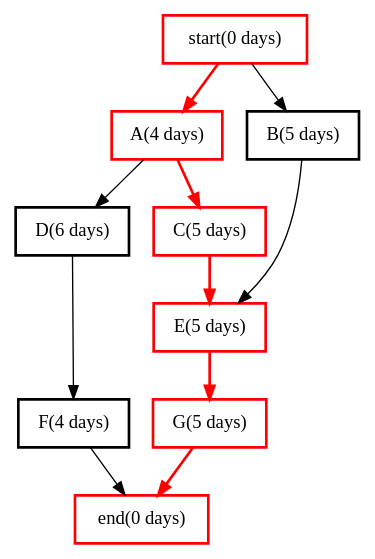
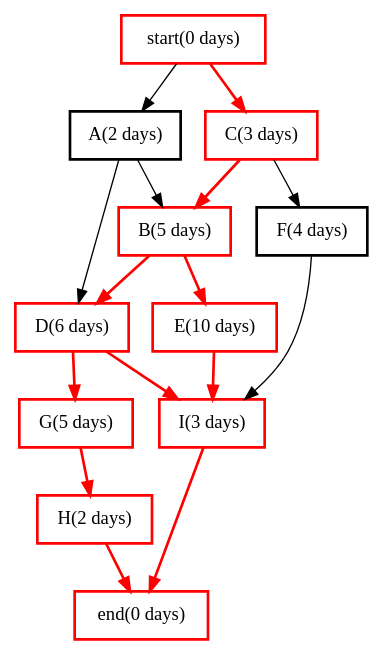
Before and after one commit to davidinsuomi/systemModelling: the diagram in pertchart.dot, drawn with Graphviz. The commit also changed 5 other files, not shown here.

```diff
--- a/pertchart.dot
+++ b/pertchart.dot
@@ -1,20 +1,27 @@
 digraph myPERT {start[shape=polygon, sides=4, style="bold",label="start(0 days)",color="red"]
-A[shape=polygon, sides=4, style="bold",label="A(4 days)",color="red"]
-B[shape=polygon, sides=4, style="bold",label="B(5 days)",color="black"]
-C[shape=polygon, sides=4, style="bold",label="C(5 days)",color="red"]
-D[shape=polygon, sides=4, style="bold",label="D(6 days)",color="black"]
-E[shape=polygon, sides=4, style="bold",label="E(5 days)",color="red"]
+A[shape=polygon, sides=4, style="bold",label="A(2 days)",color="black"]
+C[shape=polygon, sides=4, style="bold",label="C(3 days)",color="red"]
+B[shape=polygon, sides=4, style="bold",label="B(5 days)",color="red"]
+D[shape=polygon, sides=4, style="bold",label="D(6 days)",color="red"]
+E[shape=polygon, sides=4, style="bold",label="E(10 days)",color="red"]
 F[shape=polygon, sides=4, style="bold",label="F(4 days)",color="black"]
 G[shape=polygon, sides=4, style="bold",label="G(5 days)",color="red"]
+H[shape=polygon, sides=4, style="bold",label="H(2 days)",color="red"]
+I[shape=polygon, sides=4, style="bold",label="I(3 days)",color="red"]
 end[shape=polygon, sides=4, style="bold",label="end(0 days)",color="red"]
-start->A[label="", style="bold", color="red"]
-start->B[label=""]
-A->C[label="", style="bold", color="red"]
+start->A[label=""]
+start->C[label="", style="bold", color="red"]
+A->B[label=""]
 A->D[label=""]
-B->E[label=""]
-C->E[label="", style="bold", color="red"]
-D->F[label=""]
-E->G[label="", style="bold", color="red"]
-F->end[label=""]
-G->end[label="", style="bold", color="red"]
+C->B[label="", style="bold", color="red"]
+C->F[label=""]
+B->D[label="", style="bold", color="red"]
+B->E[label="", style="bold", color="red"]
+D->G[label="", style="bold", color="red"]
+D->I[label="", style="bold", color="red"]
+E->I[label="", style="bold", color="red"]
+F->I[label=""]
+G->H[label="", style="bold", color="red"]
+H->end[label="", style="bold", color="red"]
+I->end[label="", style="bold", color="red"]
 }
```
